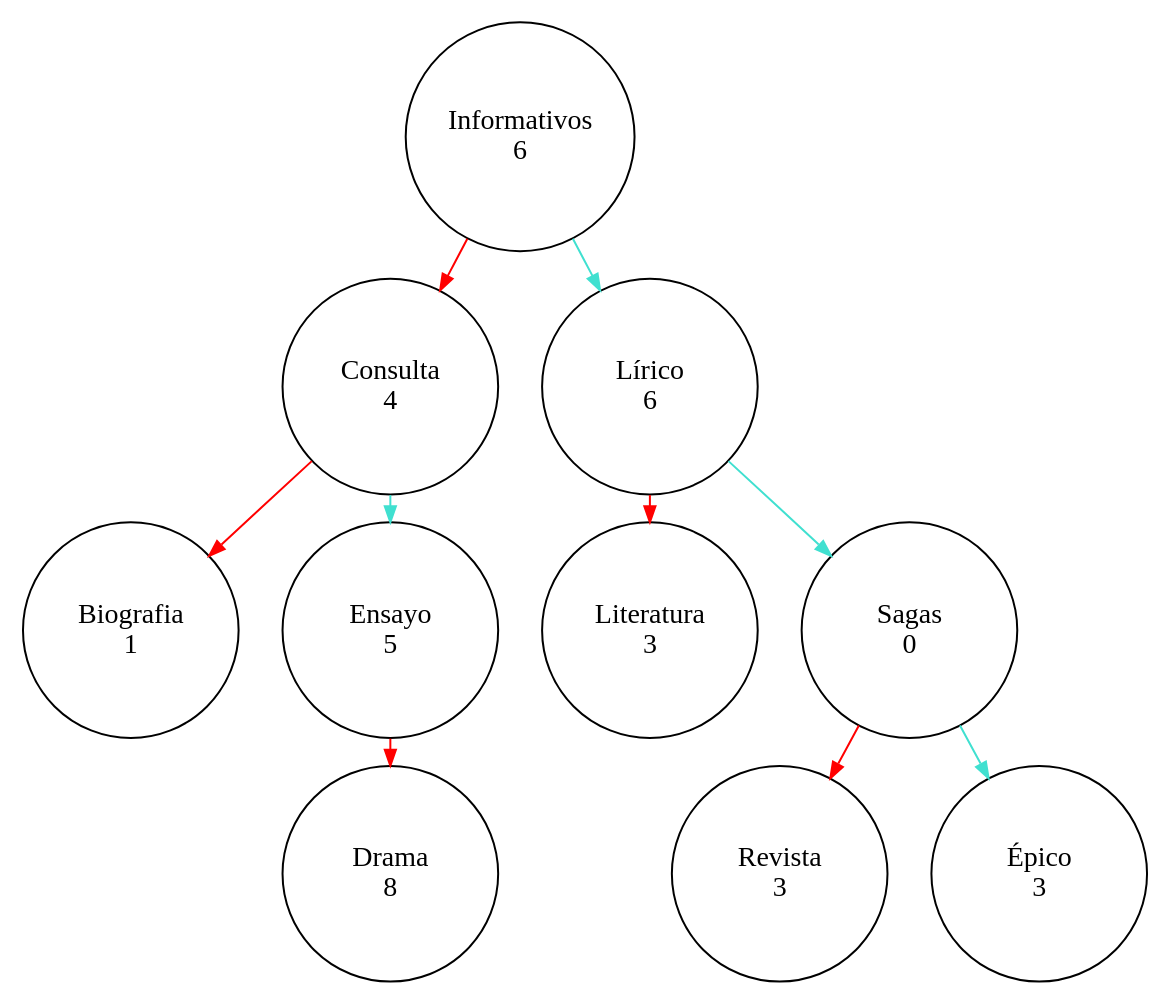
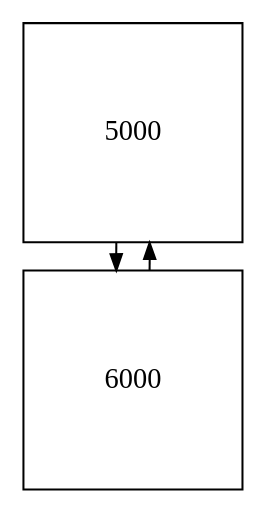
The diagram in TextFiles/AVL.dot (Guillermo-O-C/EDD_1S20200_PY2_201801366), drawn with Graphviz before and after one commit. The commit also changed 59 other files, not shown here.

```diff
--- a/TextFiles/AVL.dot
+++ b/TextFiles/AVL.dot
@@ -1,14 +1,5 @@
 digraph G {
  nodesep=0.3;
  ranksep=0.2;
     margin=0.1;
- node[shape=circle width="1.5" height="1.5" fixed="true"];  edge [arrowsize=0.8];"Informativos""Informativos"[label="Informativos\n6"]"Informativos" -> "Consulta"[color="#ff0000"];
-"Consulta"[label="Consulta\n4"]"Consulta" -> "Biografia"[color="#ff0000"];
-"Biografia"[label="Biografia\n1"]"Consulta" -> "Ensayo"[color="#40e0d0"];
-"Ensayo"[label="Ensayo\n5"]"Ensayo" -> "Drama"[color="#ff0000"];
-"Drama"[label="Drama\n8"]"Informativos" -> "Lírico"[color="#40e0d0"];
-"Lírico"[label="Lírico\n6"]"Lírico" -> "Literatura"[color="#ff0000"];
-"Literatura"[label="Literatura\n3"]"Lírico" -> "Sagas"[color="#40e0d0"];
-"Sagas"[label="Sagas\n0"]"Sagas" -> "Revista"[color="#ff0000"];
-"Revista"[label="Revista\n3"]"Sagas" -> "Épico"[color="#40e0d0"];
-"Épico"[label="Épico\n3"]}
+ node[shape=box width="1.5" height="1.5" fixed="true"];  edge [arrowsize=0.8];"5000" ->"6000";"6000" -> "5000";}
```
